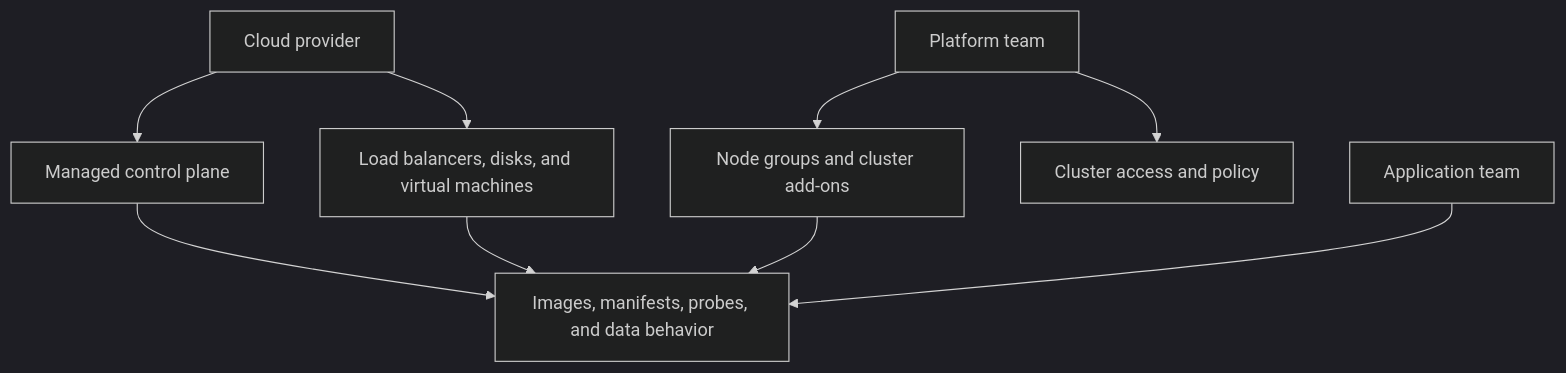
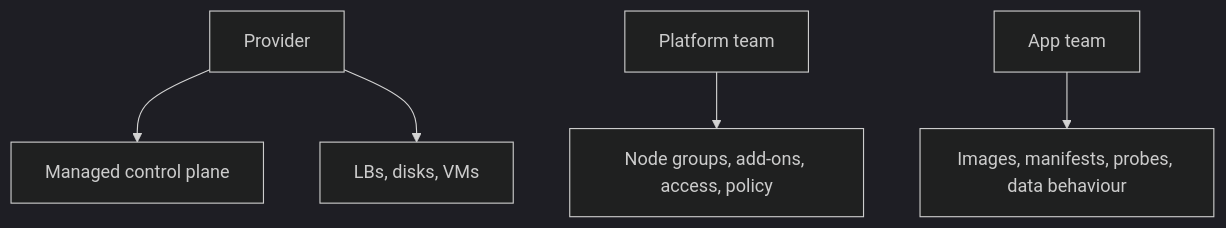
One commit to darshan-raul/apollo11-docs changed the diagram in docs/learn/cloud/infrastructure-and-ownership.md. Above: the diagram before and after it, drawn with Mermaid (dark theme). The commit also changed other lines of this file and 55 other files, not shown here.

````diff
--- a/docs/learn/cloud/infrastructure-and-ownership.md
+++ b/docs/learn/cloud/infrastructure-and-ownership.md
@@ -34,11 +20,7 @@
 ```mermaid
 flowchart TB
-  Provider[Cloud provider] --> CP[Managed control plane]
-  Provider --> Infra[Load balancers, disks, and virtual machines]
-  Platform[Platform team] --> Nodes[Node groups and cluster add-ons]
-  Platform --> Policy[Cluster access and policy]
-  App[Application team] --> Workload[Images, manifests, probes, and data behavior]
-  CP --> Workload
-  Nodes --> Workload
-  Infra --> Workload
+  Prov[Provider] --> CP[Managed control plane]
+  Prov --> Infra[LBs, disks, VMs]
+  Plat[Platform team] --> Nodes[Node groups, add-ons, access, policy]
+  App[App team] --> W[Images, manifests, probes, data behaviour]
 ```
````
